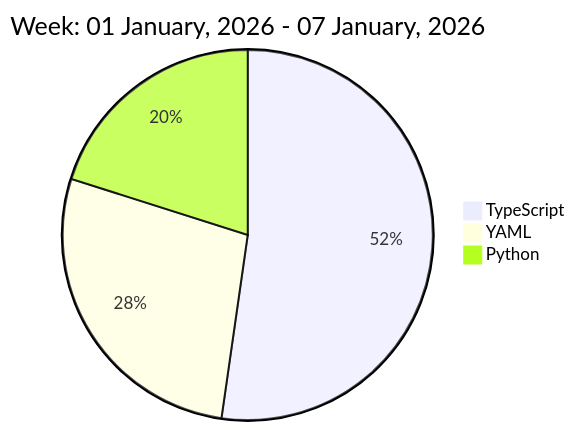
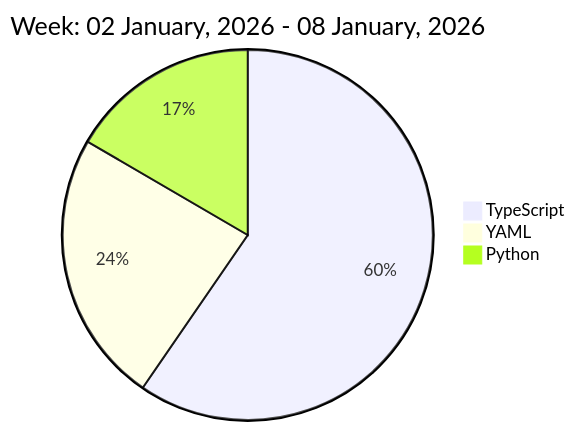
The diagram in README.md (liubin95/liubin95), drawn with Mermaid before and after one commit.

Commit message:
Updated the Graph with new Metrics

````diff
--- a/README.md
+++ b/README.md
@@ -37,7 +37,7 @@
 ```mermaid
  pie
-title Week: 01 January, 2026 - 07 January, 2026
- "TypeScript" : 5.07
- "YAML" : 2.68
- "Python" : 1.95
+title Week: 02 January, 2026 - 08 January, 2026
+ "TypeScript" : 7.18
+ "YAML" : 2.87
+ "Python" : 2.0
 ```
````
